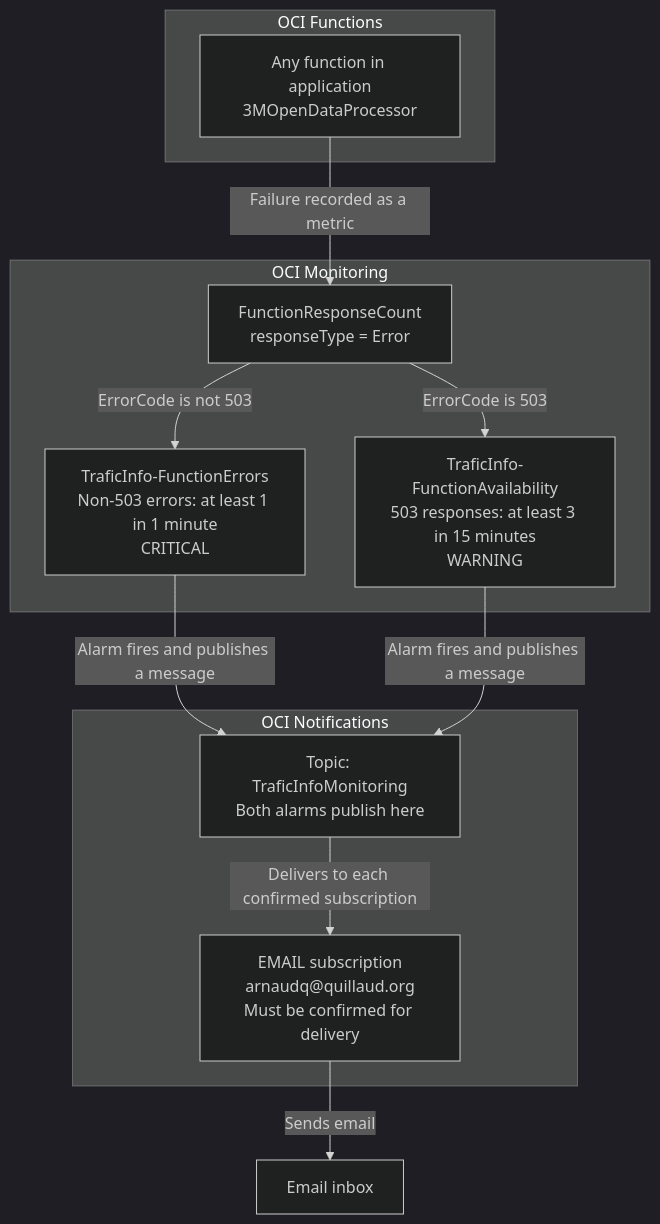
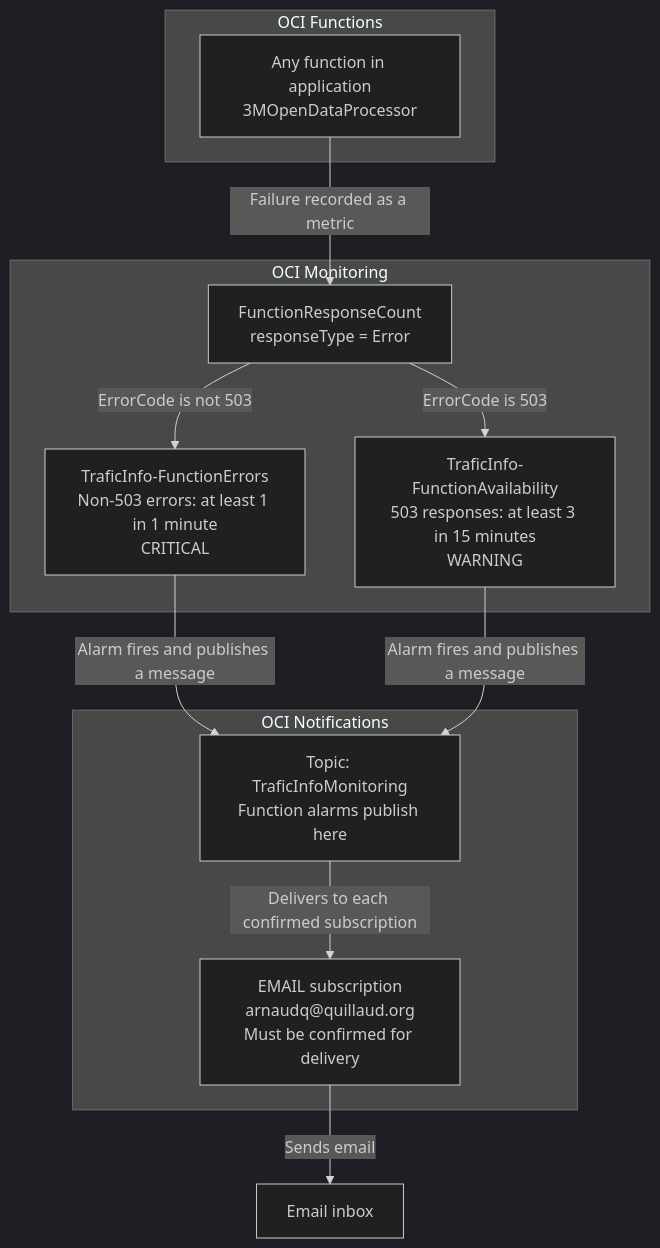
Before and after one commit to arnaudq/traficinfo: the diagram in specs/monitoring.md, drawn with Mermaid (dark theme). The commit also changed other lines of this file and 3 other files, not shown here.

````diff
--- a/specs/monitoring.md
+++ b/specs/monitoring.md
@@ -164,27 +164,27 @@
 ```mermaid
 flowchart TD
     subgraph functions["OCI Functions"]
         F["Any function in application<br/>3MOpenDataProcessor"]
     end
 
     subgraph monitoring["OCI Monitoring"]
         M["FunctionResponseCount<br/>responseType = Error"]
         A["TraficInfo-FunctionErrors<br/>Non-503 errors: at least 1 in 1 minute<br/>CRITICAL"]
         B["TraficInfo-FunctionAvailability<br/>503 responses: at least 3 in 15 minutes<br/>WARNING"]
     end
 
     subgraph notifications["OCI Notifications"]
-        T["Topic: TraficInfoMonitoring<br/>Both alarms publish here"]
+        T["Topic: TraficInfoMonitoring<br/>Function alarms publish here"]
         S["EMAIL subscription<br/>arnaudq@quillaud.org<br/>Must be confirmed for delivery"]
     end
 
     E["Email inbox"]
 
     F -->|"Failure recorded as a metric"| M
     M -->|"ErrorCode is not 503"| A
     M -->|"ErrorCode is 503"| B
     A -->|"Alarm fires and publishes a message"| T
     B -->|"Alarm fires and publishes a message"| T
     T -->|"Delivers to each confirmed subscription"| S
     S -->|"Sends email"| E
 ```
````
